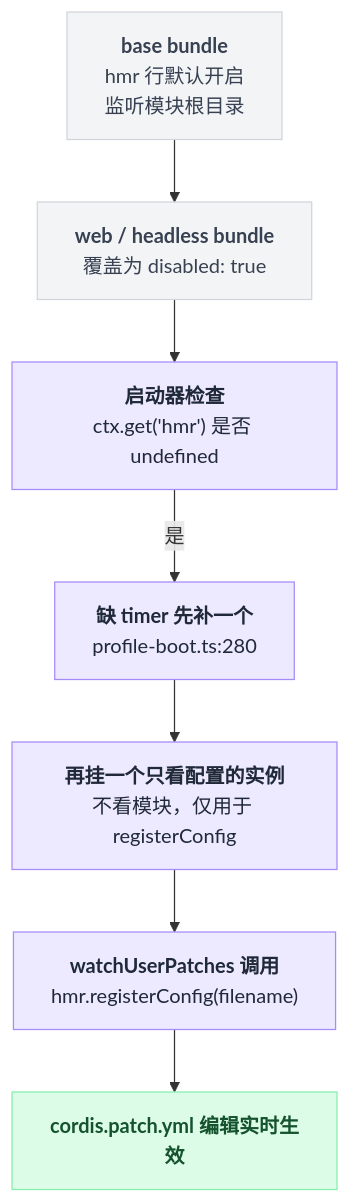
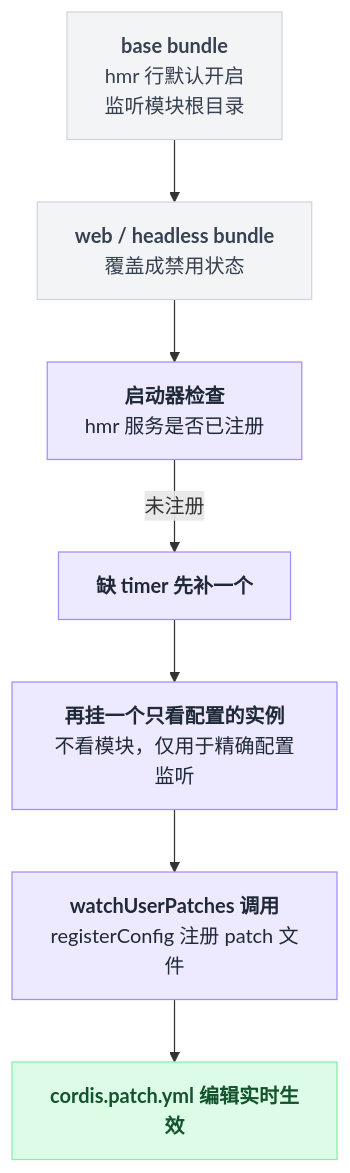
The second of 2 diagrams in 2026-08_DeepSeekHarness上手教程/内置插件参考/cordis-plugin-hmr.md (congwa/agent-dev), drawn with Mermaid before and after one commit. The commit also changed other lines of this file and 123 other files, not shown here.

````diff
--- a/2026-08_DeepSeekHarness上手教程/内置插件参考/cordis-plugin-hmr.md
+++ b/2026-08_DeepSeekHarness上手教程/内置插件参考/cordis-plugin-hmr.md
@@ -129,20 +125,20 @@
 ```mermaid
 flowchart TD
     A["<b>base bundle</b><br/>hmr 行默认开启<br/>监听模块根目录"]
-    B["<b>web / headless bundle</b><br/>覆盖为 disabled: true"]
-    C["<b>启动器检查</b><br/>ctx.get('hmr') 是否 undefined"]
-    D["<b>缺 timer 先补一个</b><br/>profile-boot.ts:280"]
-    E["<b>再挂一个只看配置的实例</b><br/>不看模块，仅用于 registerConfig"]
-    F["<b>watchUserPatches 调用</b><br/>hmr.registerConfig(filename)"]
+    B["<b>web / headless bundle</b><br/>覆盖成禁用状态"]
+    C["<b>启动器检查</b><br/>hmr 服务是否已注册"]
+    D["<b>缺 timer 先补一个</b>"]
+    E["<b>再挂一个只看配置的实例</b><br/>不看模块，仅用于精确配置监听"]
+    F["<b>watchUserPatches 调用</b><br/>registerConfig 注册 patch 文件"]
     G["<b>cordis.patch.yml 编辑实时生效</b>"]
 
     A --> B --> C
-    C -- "是" --> D --> E --> F --> G
+    C -- "未注册" --> D --> E --> F --> G
 
     classDef entry fill:#f3f4f6,stroke:#d1d5db,color:#374151
     classDef main fill:#ede9fe,stroke:#a78bfa,color:#1f2937
     classDef data fill:#dcfce7,stroke:#86efac,color:#14532d
     class A,B entry
     class C,D,E,F main
     class G data
 ```
````
